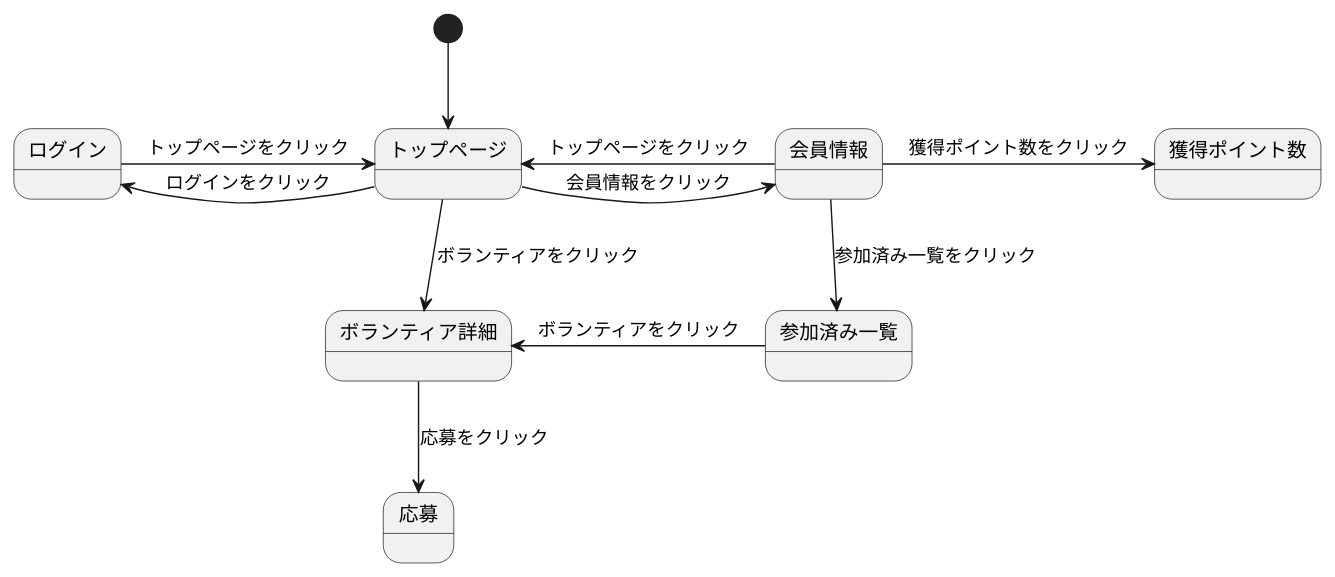
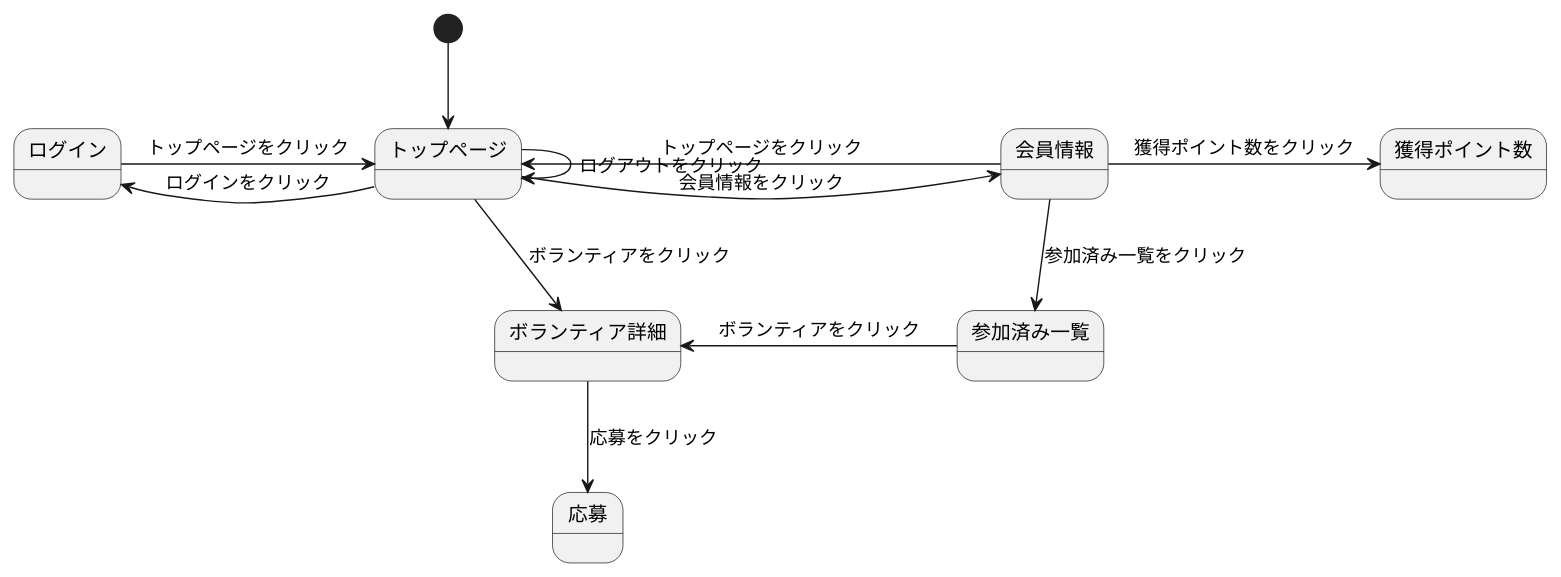
One commit to Aso2001001/2022System changed the diagram in 画面遷移図.md. Above: the diagram before and after it, drawn with PlantUML.

````diff
--- a/画面遷移図.md
+++ b/画面遷移図.md
@@ -1,15 +1,16 @@
 ```uml
 @startuml
 [*] --> トップページ
 
 トップページ -> 会員情報 : 会員情報をクリック
 トップページ --> ボランティア詳細 : ボランティアをクリック
+トップページ -> トップページ : ログアウトをクリック
 ボランティア詳細 --> 応募 : 応募をクリック
 会員情報 -> トップページ : トップページをクリック
 トップページ -left-> ログイン : ログインをクリック
 ログイン -> トップページ : トップページをクリック
 会員情報 --> 参加済み一覧 : 参加済み一覧をクリック
 参加済み一覧 -left-> ボランティア詳細 : ボランティアをクリック
 会員情報 -> 獲得ポイント数 : 獲得ポイント数をクリック
 @enduml
 ```
````
